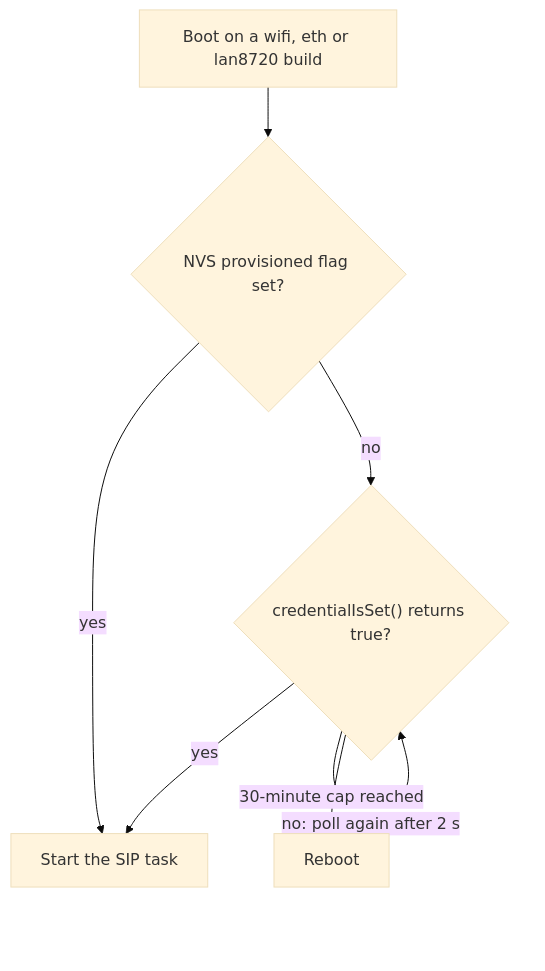
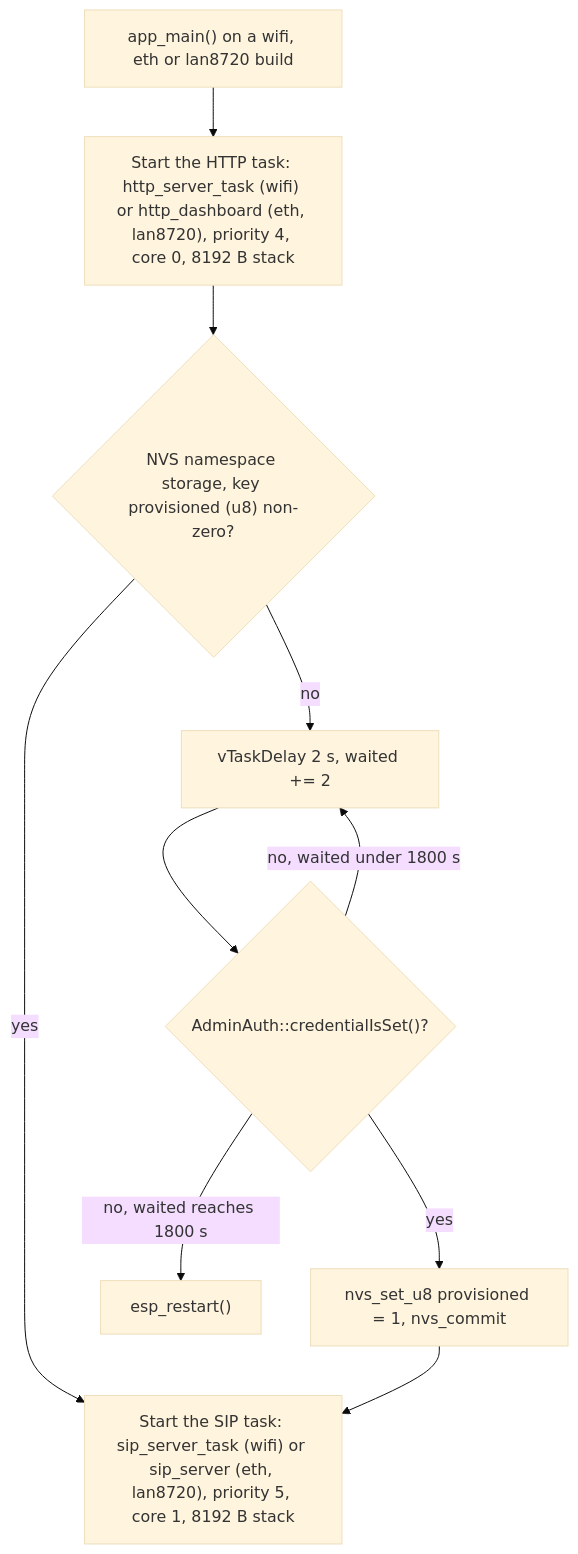
The second of 2 diagrams in docs/THREAT_MODEL.md (GlomarGadaffi/pocket-dial), drawn with Mermaid (base theme) before and after one commit. The commit also changed other lines of this file and 29 other files, not shown here.

First line of the commit message:
docs: make the Mermaid diagrams exact against main (#1105)

````diff
--- a/docs/THREAT_MODEL.md
+++ b/docs/THREAT_MODEL.md
@@ -241,9 +241,12 @@
 ```mermaid
 flowchart TD
-    A["Boot on a wifi, eth or lan8720 build"] --> B{"NVS provisioned flag set?"}
-    B -- "yes" --> S["Start the SIP task"]
-    B -- "no" --> C{"credentialIsSet() returns true?"}
-    C -- "no: poll again after 2 s" --> C
-    C -- "yes" --> S
-    C -- "30-minute cap reached" --> R["Reboot"]
+    A["app_main() on a wifi, eth or lan8720 build"] --> W["Start the HTTP task: http_server_task (wifi) or http_dashboard (eth, lan8720), priority 4, core 0, 8192 B stack"]
+    W --> B{"NVS namespace storage, key provisioned (u8) non-zero?"}
+    B -- "yes" --> S
+    B -- "no" --> L["vTaskDelay 2 s, waited += 2"]
+    L --> C{"AdminAuth::credentialIsSet()?"}
+    C -- "no, waited under 1800 s" --> L
+    C -- "no, waited reaches 1800 s" --> R["esp_restart()"]
+    C -- "yes" --> P["nvs_set_u8 provisioned = 1, nvs_commit"]
+    P --> S["Start the SIP task: sip_server_task (wifi) or sip_server (eth, lan8720), priority 5, core 1, 8192 B stack"]
 ```
````
